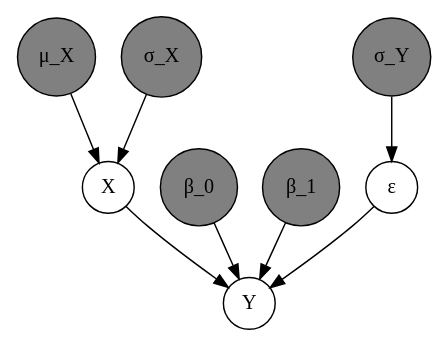
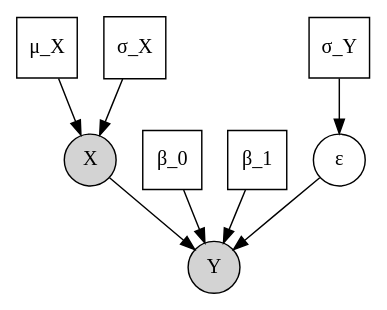
The second of 2 diagrams in lm.qmd (marcora/stan_playground), drawn with Graphviz before and after one commit. The commit also changed other lines of this file and 6 other files, not shown here.

````diff
--- a/lm.qmd
+++ b/lm.qmd
@@ -44,22 +57,23 @@
 ```{dot}
 digraph {
   rankdir=TB;
   node [shape=circle];
-  mu_X [label="μ_X", style=filled, fillcolor=gray]
-  sigma_X [label="σ_X", style=filled, fillcolor=gray]
-  beta_0 [label="β_0", style=filled, fillcolor=gray
-]
-  beta_1 [label="β_1", style=filled, fillcolor=gray]
-  sigma_Y [label="σ_Y", style=filled, fillcolor=gray]
-  X [label="X"]
-  epsilon [label="ε"]
-  Y [label="Y"]
+  
+  mu_X [label="μ_X", shape=square]
+  sigma_X [label="σ_X", shape=square]
+  beta_0 [label="β_0", shape=square]
+  beta_1 [label="β_1", shape=square]
+  sigma_Y [label="σ_Y", shape=square]
+  X [label="X", style=filled]
+  Y [label="Y", style=filled]
+  e [label="ε"]
+  
   mu_X -> X;
   sigma_X -> X;
   beta_0 -> Y;
   beta_1 -> Y;
   X -> Y;
-  epsilon -> Y;
-  sigma_Y -> epsilon;
+  e -> Y;
+  sigma_Y -> e;
 }
 ```
````
